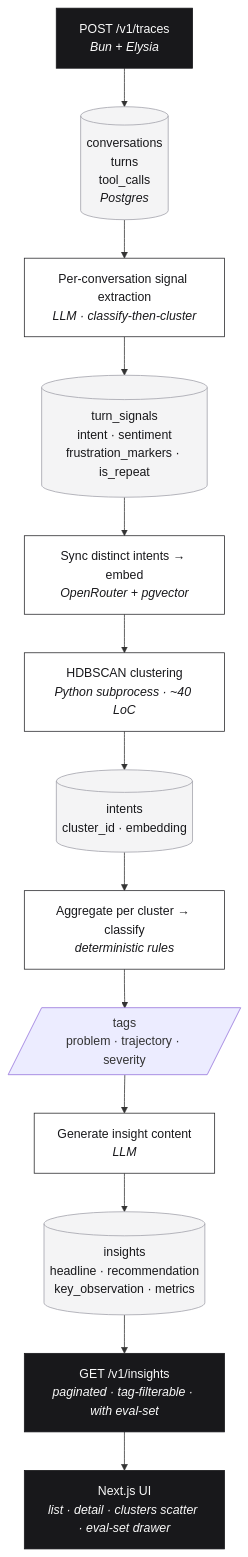
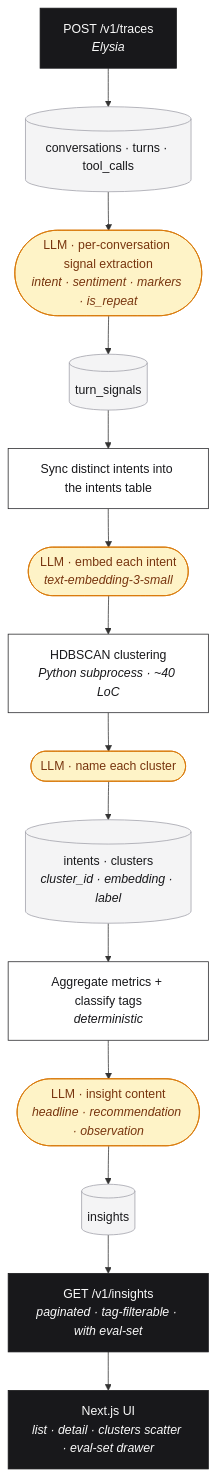
One commit to kashgohil/agnost changed the diagram in REASONING.md. Above: the diagram before and after it, drawn with Mermaid.

Commit message:
updated chart

````diff
--- a/REASONING.md
+++ b/REASONING.md
@@ -11,22 +11,30 @@
 ```mermaid
-flowchart TD
-    A["POST /v1/traces<br/><i>Bun + Elysia</i>"] --> B[("conversations<br/>turns<br/>tool_calls<br/><i>Postgres</i>")]
-    B --> C["Per-conversation signal extraction<br/><i>LLM · classify-then-cluster</i>"]
-    C --> D[("turn_signals<br/>intent · sentiment<br/>frustration_markers · is_repeat")]
-    D --> E["Sync distinct intents → embed<br/><i>OpenRouter + pgvector</i>"]
-    E --> F["HDBSCAN clustering<br/><i>Python subprocess · ~40 LoC</i>"]
-    F --> G[("intents<br/>cluster_id · embedding")]
-    G --> H["Aggregate per cluster → classify<br/><i>deterministic rules</i>"]
-    H --> I[/"tags<br/>problem · trajectory · severity"/]
-    I --> J["Generate insight content<br/><i>LLM</i>"]
-    J --> K[("insights<br/>headline · recommendation<br/>key_observation · metrics")]
-    K --> L["GET /v1/insights<br/><i>paginated · tag-filterable · with eval-set</i>"]
-    L --> M["Next.js UI<br/><i>list · detail · clusters scatter · eval-set drawer</i>"]
+flowchart TB
+    A["POST /v1/traces<br/><i>Elysia</i>"]
+    A --> Convos[("conversations · turns · tool_calls")]
+
+    Convos --> SigLLM(["LLM · per-conversation signal extraction<br/><i>intent · sentiment · markers · is_repeat</i>"])
+    SigLLM --> Sigs[("turn_signals")]
+
+    Sigs --> Sync["Sync distinct intents into the intents table"]
+    Sync --> EmbLLM(["LLM · embed each intent<br/><i>text-embedding-3-small</i>"])
+    EmbLLM --> HDB["HDBSCAN clustering<br/><i>Python subprocess · ~40 LoC</i>"]
+    HDB --> LabLLM(["LLM · name each cluster"])
+    LabLLM --> Ints[("intents · clusters<br/><i>cluster_id · embedding · label</i>")]
+
+    Ints --> Agg["Aggregate metrics + classify tags<br/><i>deterministic</i>"]
+    Agg --> ConLLM(["LLM · insight content<br/><i>headline · recommendation · observation</i>"])
+    ConLLM --> Ins[("insights")]
+
+    Ins --> API["GET /v1/insights<br/><i>paginated · tag-filterable · with eval-set</i>"]
+    API --> UI["Next.js UI<br/><i>list · detail · clusters scatter · eval-set drawer</i>"]
 
     classDef store fill:#f4f4f5,stroke:#a1a1aa,color:#18181b
     classDef compute fill:#fff,stroke:#27272a,color:#18181b
+    classDef llm fill:#fef3c7,stroke:#d97706,color:#78350f
     classDef io fill:#18181b,stroke:#18181b,color:#fafafa
-    class B,D,G,K store
-    class C,E,F,H,J compute
-    class A,L,M io
+    class Convos,Sigs,Ints,Ins store
+    class Sync,HDB,Agg compute
+    class SigLLM,EmbLLM,LabLLM,ConLLM llm
+    class A,API,UI io
 ```
````
